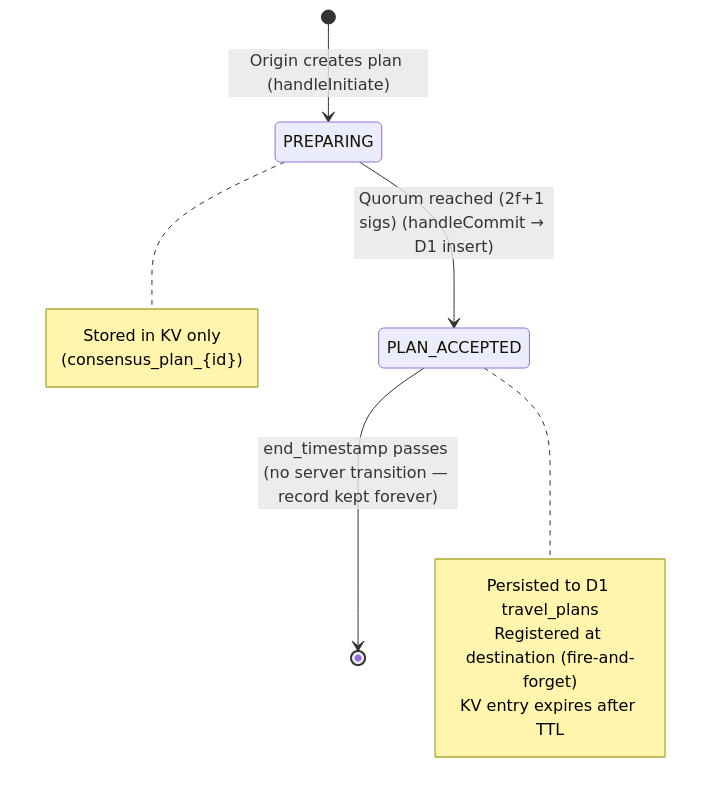
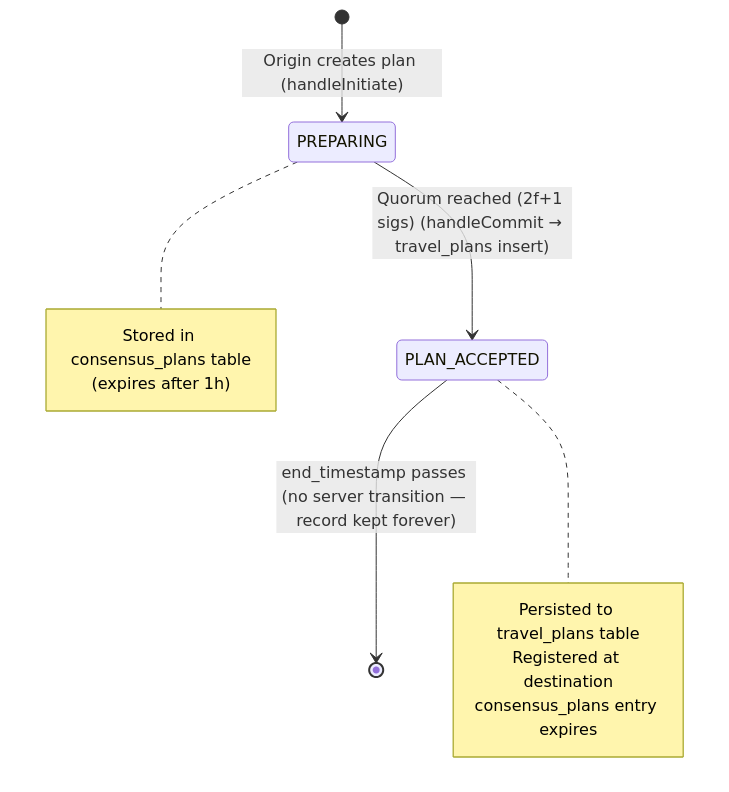
One commit to Federated-Planets/planet changed the second of 4 diagrams in PROTOCOL_DIAGRAMS.md. Above: the diagram before and after it, drawn with Mermaid. The commit also changed other lines of this file and 3 other files, not shown here.

````diff
--- a/PROTOCOL_DIAGRAMS.md
+++ b/PROTOCOL_DIAGRAMS.md
@@ -106,17 +109,17 @@
 ```mermaid
 stateDiagram-v2
     [*] --> PREPARING : Origin creates plan (handleInitiate)
-    PREPARING --> PLAN_ACCEPTED : Quorum reached (2f+1 sigs) (handleCommit → D1 insert)
+    PREPARING --> PLAN_ACCEPTED : Quorum reached (2f+1 sigs) (handleCommit → travel_plans insert)
     PLAN_ACCEPTED --> [*] : end_timestamp passes (no server transition — record kept forever)
 
     note right of PREPARING
-        Stored in KV only
-        (consensus_plan_{id})
+        Stored in consensus_plans table
+        (expires after 1h)
     end note
 
     note right of PLAN_ACCEPTED
-        Persisted to D1 travel_plans
-        Registered at destination (fire-and-forget)
-        KV entry expires after TTL
+        Persisted to travel_plans table
+        Registered at destination
+        consensus_plans entry expires
     end note
 ```
````
